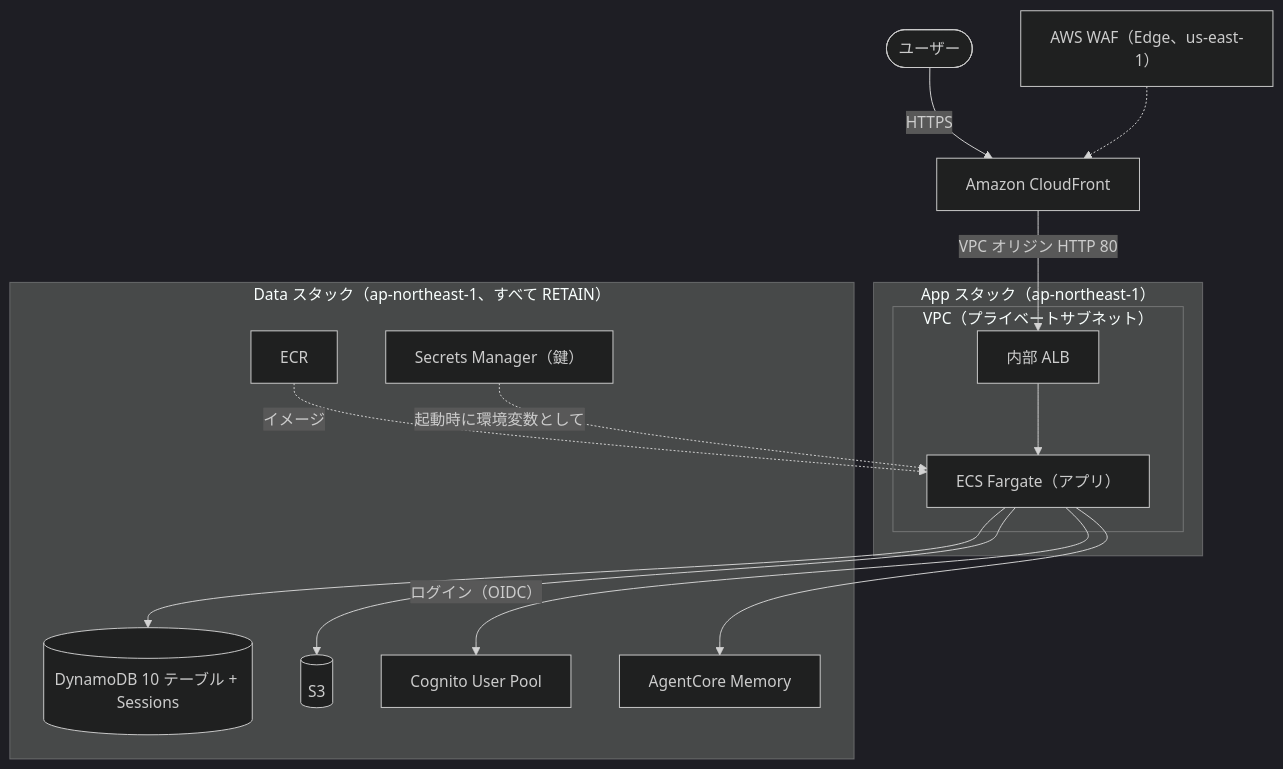
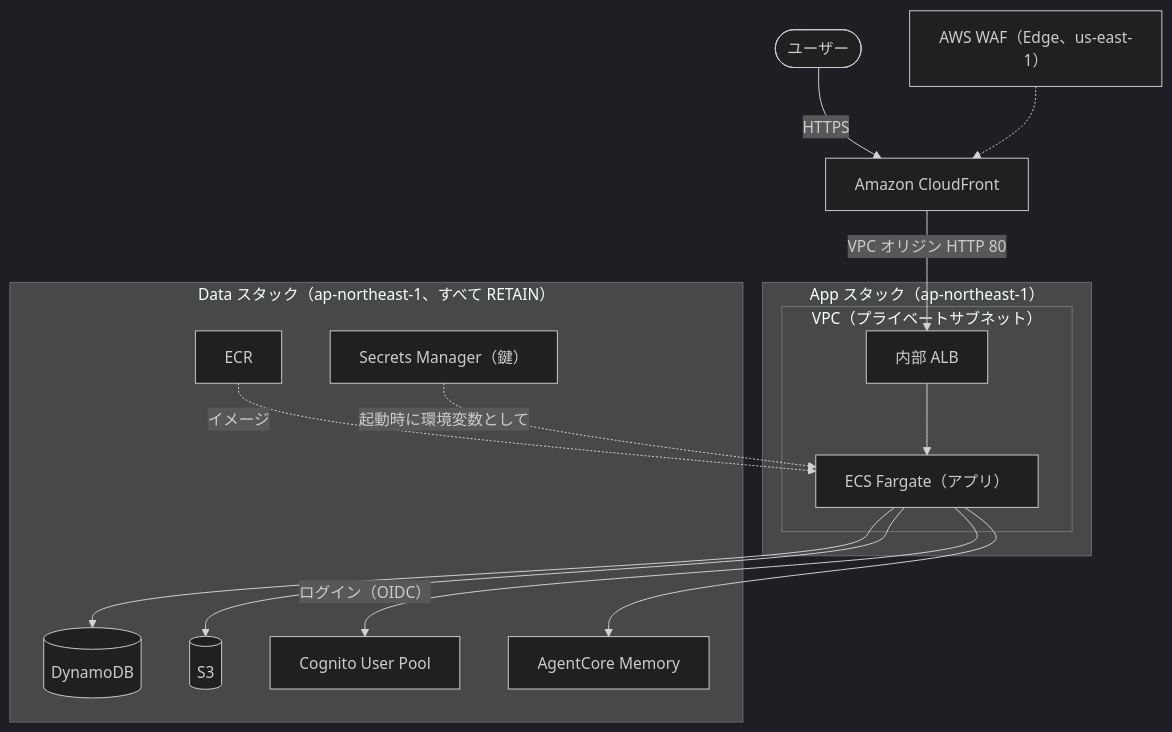
Before and after one commit to aws-samples/sample-ai-persona: the diagram in cdk/README.md, drawn with Mermaid (dark theme). The commit also changed other lines of this file and 15 other files, not shown here.

````diff
--- a/cdk/README.md
+++ b/cdk/README.md
@@ -9,28 +9,28 @@
 ```mermaid
 graph TB
     User([ユーザー]) -->|HTTPS| CloudFront[Amazon CloudFront]
     WAF[AWS WAF（Edge、us-east-1）] -.-> CloudFront
     CloudFront -->|VPC オリジン HTTP 80| ALB
 
     subgraph App["App スタック（ap-northeast-1）"]
         subgraph VPC["VPC（プライベートサブネット）"]
             ALB[内部 ALB] --> ECS[ECS Fargate（アプリ）]
         end
     end
 
     subgraph Data["Data スタック（ap-northeast-1、すべて RETAIN）"]
-        DynamoDB[(DynamoDB 10 テーブル + Sessions)]
+        DynamoDB[(DynamoDB)]
         S3[(S3)]
         ECR[ECR]
         Cognito[Cognito User Pool]
         Memory[AgentCore Memory]
         Secrets[Secrets Manager（鍵）]
     end
 
     ECS -->|ログイン（OIDC）| Cognito
     ECS --> DynamoDB
     ECS --> S3
     ECS --> Memory
     ECR -.->|イメージ| ECS
     Secrets -.->|起動時に環境変数として| ECS
 ```
````
